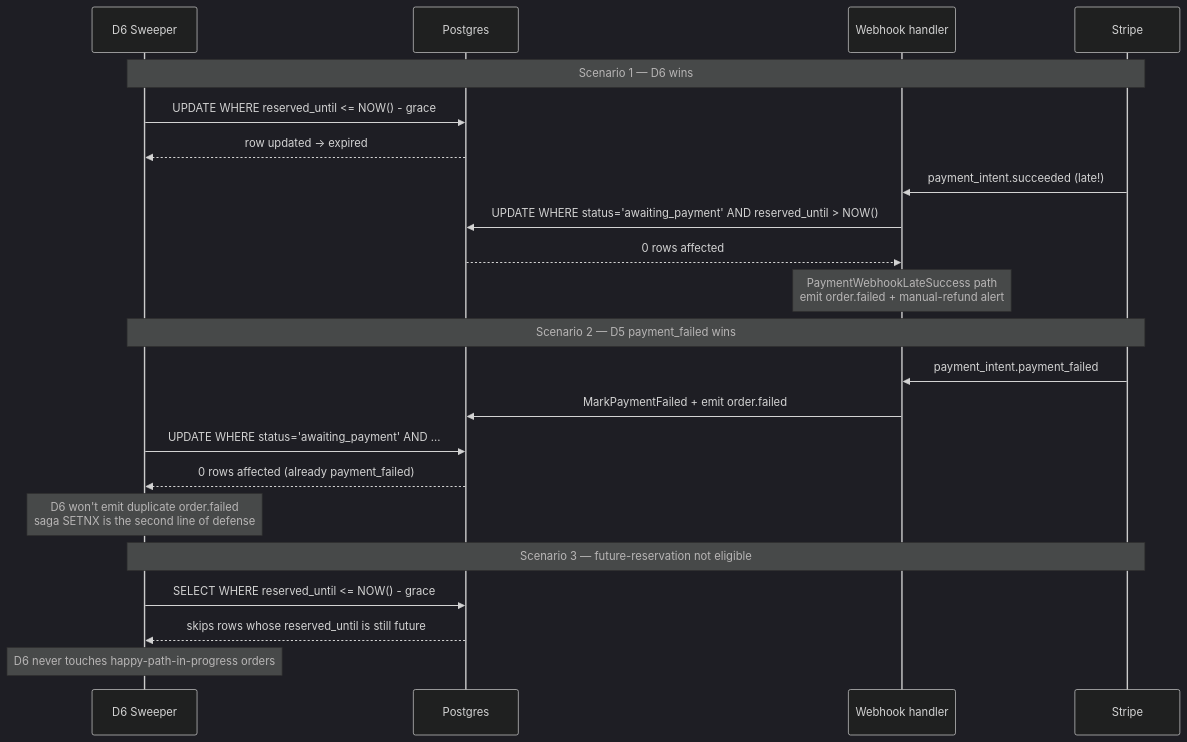
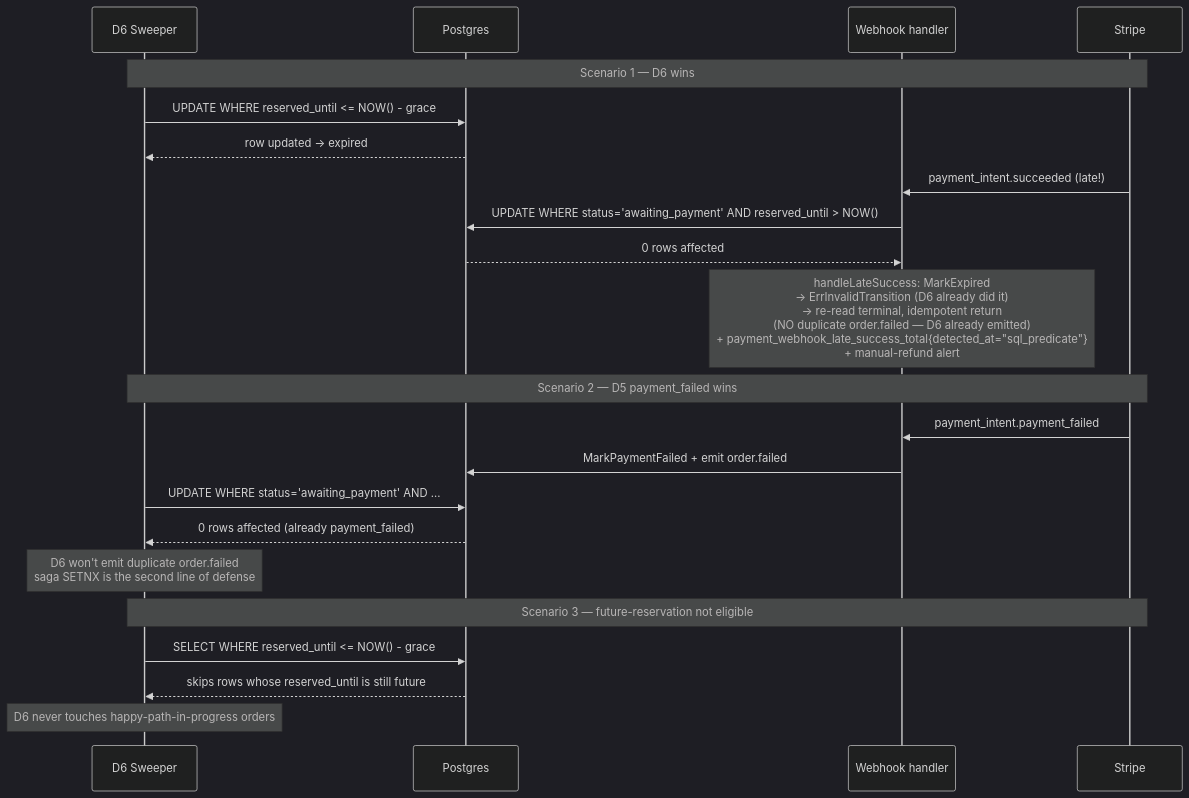
The second of 2 diagrams in docs/blog/2026-05-saga-pure-forward-recovery.md (Leon180/booking_monitor), drawn with Mermaid (dark theme) before and after one commit. The commit also changed other lines of this file and 1 other file, not shown here.

````diff
--- a/docs/blog/2026-05-saga-pure-forward-recovery.md
+++ b/docs/blog/2026-05-saga-pure-forward-recovery.md
@@ -108,27 +111,27 @@
 ```mermaid
 sequenceDiagram
     participant SW as D6 Sweeper
     participant DB as Postgres
     participant WH as Webhook handler
     participant GW as Stripe
 
     Note over SW,GW: Scenario 1 — D6 wins
     SW->>DB: UPDATE WHERE reserved_until <= NOW() - grace
     DB-->>SW: row updated → expired
     GW->>WH: payment_intent.succeeded (late!)
     WH->>DB: UPDATE WHERE status='awaiting_payment' AND reserved_until > NOW()
     DB-->>WH: 0 rows affected
-    Note over WH: PaymentWebhookLateSuccess path<br/>emit order.failed + manual-refund alert
+    Note over WH: handleLateSuccess: MarkExpired<br/>→ ErrInvalidTransition (D6 already did it)<br/>→ re-read terminal, idempotent return<br/>(NO duplicate order.failed — D6 already emitted)<br/>+ payment_webhook_late_success_total{detected_at="sql_predicate"}<br/>+ manual-refund alert
 
     Note over SW,GW: Scenario 2 — D5 payment_failed wins
     GW->>WH: payment_intent.payment_failed
     WH->>DB: MarkPaymentFailed + emit order.failed
     SW->>DB: UPDATE WHERE status='awaiting_payment' AND ...
     DB-->>SW: 0 rows affected (already payment_failed)
     Note over SW: D6 won't emit duplicate order.failed<br/>saga SETNX is the second line of defense
 
     Note over SW,GW: Scenario 3 — future-reservation not eligible
     SW->>DB: SELECT WHERE reserved_until <= NOW() - grace
     DB-->>SW: skips rows whose reserved_until is still future
     Note over SW: D6 never touches happy-path-in-progress orders
 ```
````
